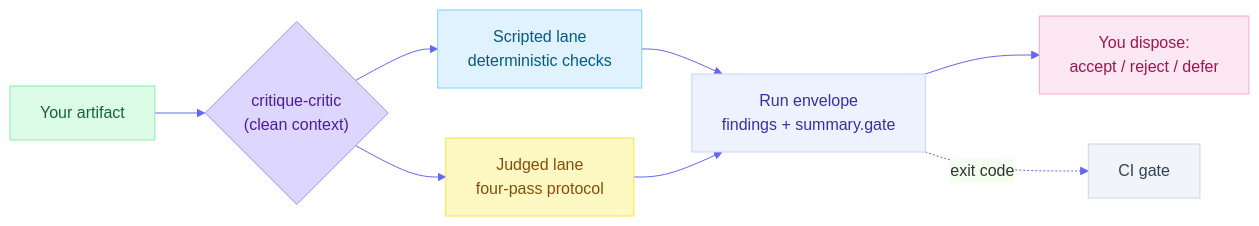
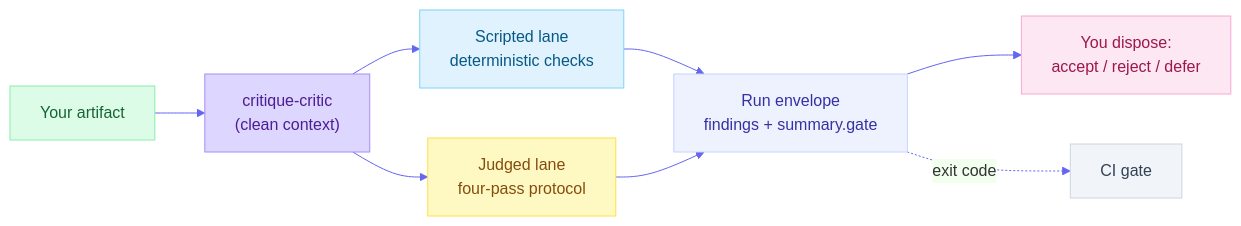
One commit to product-on-purpose/critique-skills changed the first of 2 diagrams in README.md. Above: the diagram before and after it, drawn with Mermaid. The commit also changed other lines of this file and 26 other files, not shown here.

First line of the commit message:
P7 pre-tag: INDEX filter, node test spine, public roadmap, release hygiene

````diff
--- a/README.md
+++ b/README.md
@@ -250,18 +250,18 @@
 ```mermaid
 %%{init: {'theme':'base','themeVariables':{'primaryColor':'#eef2ff','primaryBorderColor':'#c7d2fe','lineColor':'#6366f1','fontFamily':'system-ui, sans-serif'}}}%%
 flowchart LR
-  art["Your artifact"]:::in --> critic{"critique-critic<br/>(clean context)"}:::router
+  art["Your artifact"]:::in --> critic["critique-critic<br/>(clean context)"]:::router
   critic --> scripted["Scripted lane<br/>deterministic checks"]:::script
   critic --> judged["Judged lane<br/>four-pass protocol"]:::judge
   scripted --> env["Run envelope<br/>findings + summary.gate"]:::art
   judged --> env
   env --> disp["You dispose:<br/>accept / reject / defer"]:::human
   env -. "exit code" .-> ci["CI gate"]:::ci
   classDef in fill:#dcfce7,stroke:#86efac,color:#166534;
   classDef router fill:#ddd6fe,stroke:#a78bfa,color:#4c1d95;
   classDef script fill:#e0f2fe,stroke:#7dd3fc,color:#075985;
   classDef judge fill:#fef9c3,stroke:#fde047,color:#854d0e;
   classDef art fill:#eef2ff,stroke:#c7d2fe,color:#3730a3;
   classDef human fill:#fce7f3,stroke:#f9a8d4,color:#9d174d;
   classDef ci fill:#f1f5f9,stroke:#cbd5e1,color:#334155;
 ```
````
